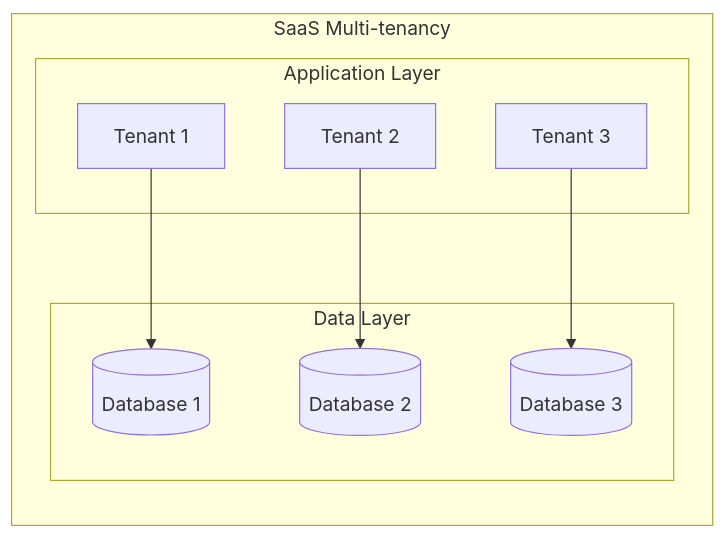
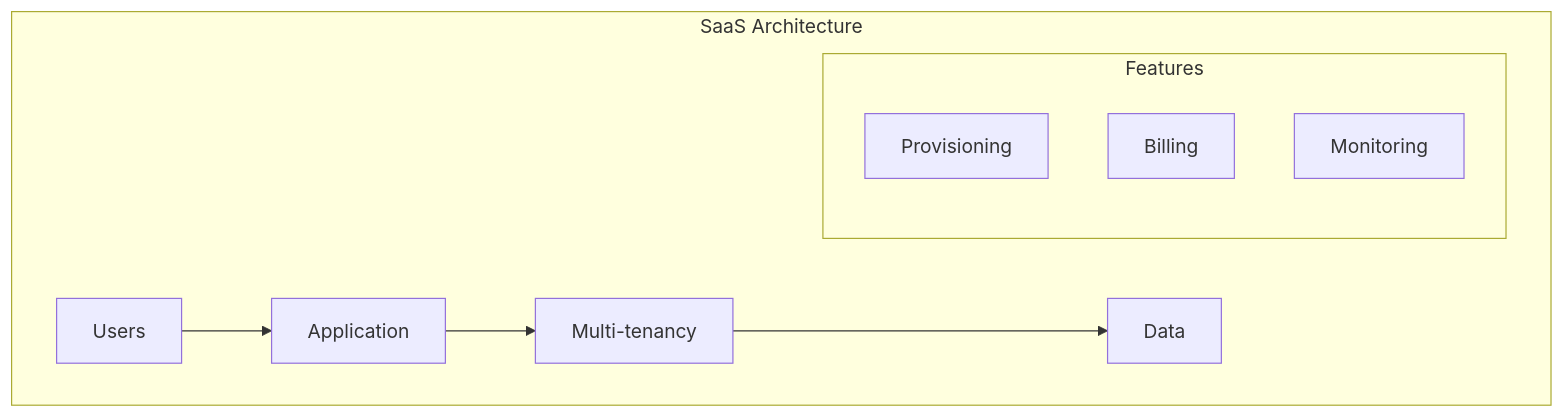
The fourth of 7 diagrams in src/Cloud_Architecture_Models.md (saravanakumarrc/Architecture_Journey), drawn with Mermaid before and after one commit. The commit also changed other lines of this file and 1 other file, not shown here.

Commit message:
Enhance Architecture Governance Models and Cloud Architecture Models documentation; add governance patterns, maturity model, evaluation framework, and implementation checklist for improved clarity and structure.

````diff
--- a/src/Cloud_Architecture_Models.md
+++ b/src/Cloud_Architecture_Models.md
@@ -155,22 +172,14 @@
 ```mermaid
 graph TB
-    subgraph "SaaS Multi-tenancy"
-        direction TB
+    subgraph "SaaS Architecture"
+        U[Users] --> A[Application]
+        A --> MT[Multi-tenancy]
+        MT --> D[Data]
         
-        subgraph "Application Layer"
-            A1[Tenant 1]
-            A2[Tenant 2]
-            A3[Tenant 3]
+        subgraph "Features"
+            P[Provisioning]
+            B[Billing]
+            M[Monitoring]
         end
-        
-        subgraph "Data Layer"
-            D1[(Database 1)]
-            D2[(Database 2)]
-            D3[(Database 3)]
-        end
-        
-        A1 --> D1
-        A2 --> D2
-        A3 --> D3
     end
 ```
````
